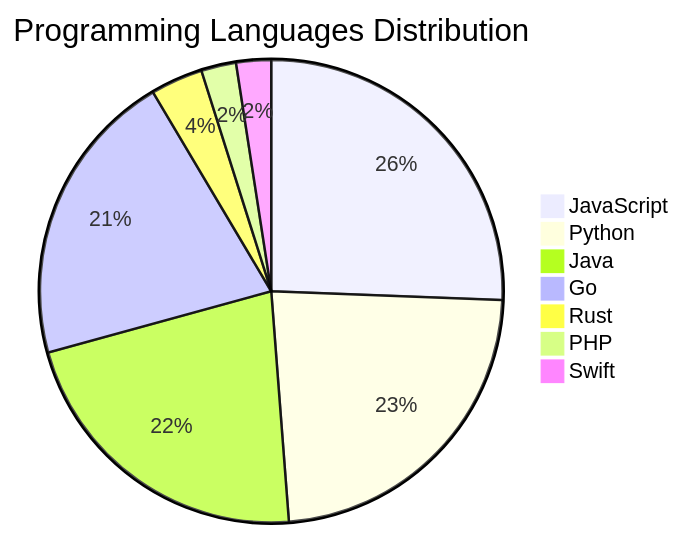
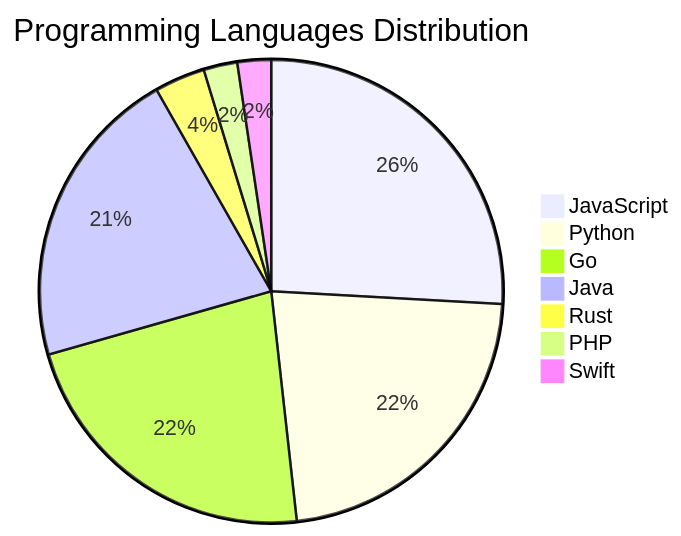
The diagram in README.md (Derrick-MUGISHA/github-activity-bot), drawn with Mermaid before and after one commit. The commit also changed other lines of this file and 3 other files, not shown here.

````diff
--- a/README.md
+++ b/README.md
@@ -73,10 +73,10 @@
 ```mermaid
 pie title Programming Languages Distribution
-    "JavaScript" : 21
+    "JavaScript" : 22
     "Python" : 19
+    "Go" : 19
     "Java" : 18
-    "Go" : 17
     "Rust" : 3
     "PHP" : 2
     "Swift" : 2
 ```
````
